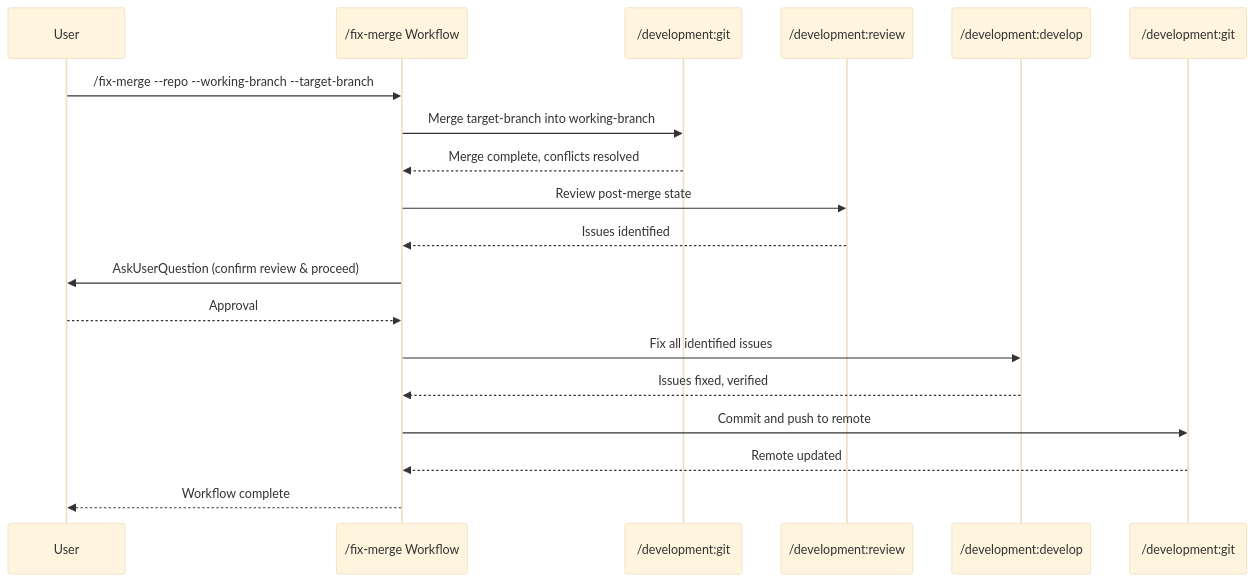
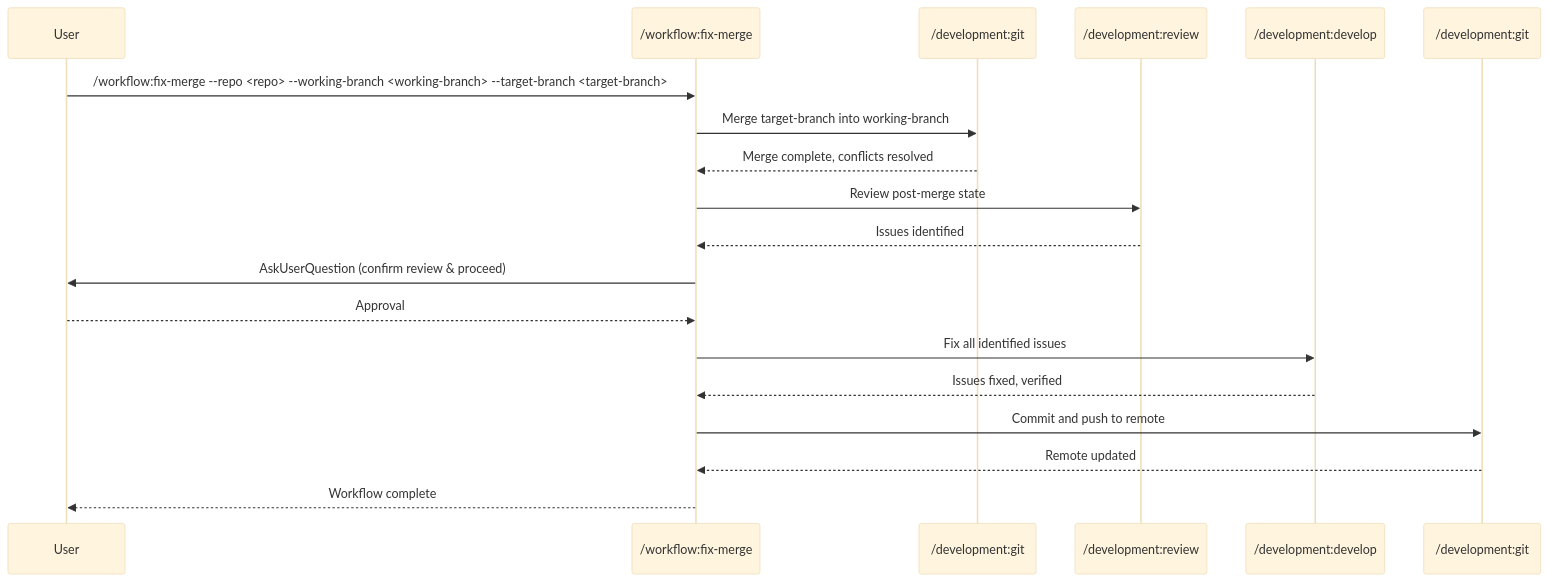
The diagram in .claude/commands/workflow/fix-merge.md (zzaia/zzaia-agentic-workspace), drawn with Mermaid (base theme) before and after one commit. The commit also changed other lines of this file and 13 other files, not shown here.

````diff
--- a/.claude/commands/workflow/fix-merge.md
+++ b/.claude/commands/workflow/fix-merge.md
@@ -65,22 +65,22 @@
 ```mermaid
 sequenceDiagram
     participant U as User
-    participant W as /fix-merge Workflow
+    participant W as /workflow:fix-merge
     participant C1 as /development:git
     participant C2 as /development:review
     participant C3 as /development:develop
     participant C4 as /development:git
 
-    U->>W: /fix-merge --repo --working-branch --target-branch
+    U->>W: /workflow:fix-merge --repo <repo> --working-branch <working-branch> --target-branch <target-branch>
     W->>C1: Merge target-branch into working-branch
     C1-->>W: Merge complete, conflicts resolved
     W->>C2: Review post-merge state
     C2-->>W: Issues identified
     W->>U: AskUserQuestion (confirm review & proceed)
     U-->>W: Approval
     W->>C3: Fix all identified issues
     C3-->>W: Issues fixed, verified
     W->>C4: Commit and push to remote
     C4-->>W: Remote updated
     W-->>U: Workflow complete
 ```
````
